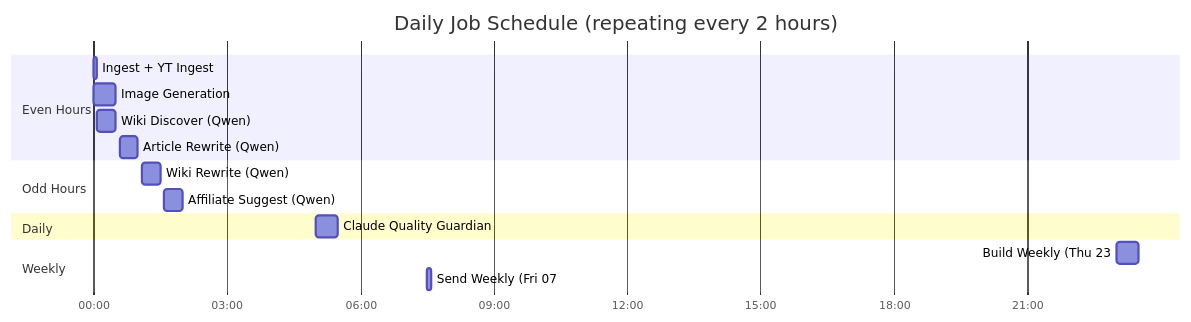
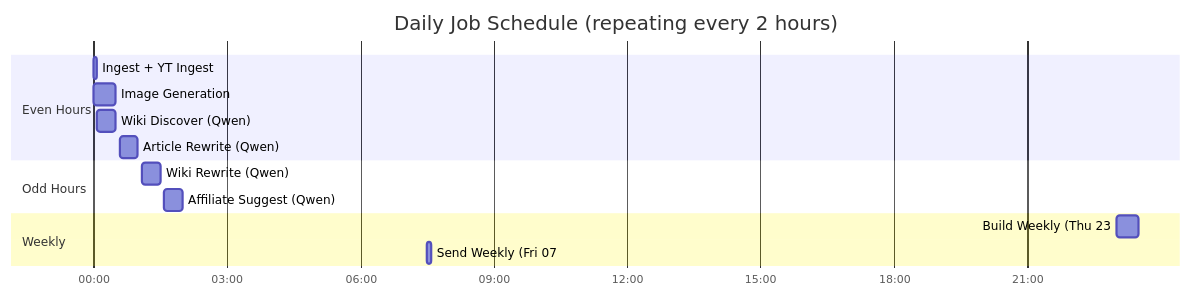
Before and after one commit to bedwards/hex-index: the third of 3 diagrams in README.md, drawn with Mermaid.

Commit message:
fix: remove claude-quality launchctl job
Remove Claude Quality Guardian reference from README mermaid chart.
The claude-quality.sh script and launchctl plist were already removed
in a previous PR (#168).

Closes #167

````diff
--- a/README.md
+++ b/README.md
@@ -109,23 +109,20 @@
 ```mermaid
 gantt
     title Daily Job Schedule (repeating every 2 hours)
     dateFormat HH:mm
     axisFormat %H:%M
 
     section Even Hours
     Ingest + YT Ingest        :e1, 00:00, 5m
     Image Generation           :e2, 00:00, 30m
     Wiki Discover (Qwen)       :e3, 00:05, 25m
     Article Rewrite (Qwen)     :e4, 00:35, 25m
 
     section Odd Hours
     Wiki Rewrite (Qwen)        :o1, 01:05, 25m
     Affiliate Suggest (Qwen)   :o2, 01:35, 25m
 
-    section Daily
-    Claude Quality Guardian     :d1, 05:00, 30m
-
     section Weekly
     Build Weekly (Thu 23:00)   :w1, 23:00, 30m
     Send Weekly (Fri 07:30)    :w2, 07:30, 5m
 ```
````
